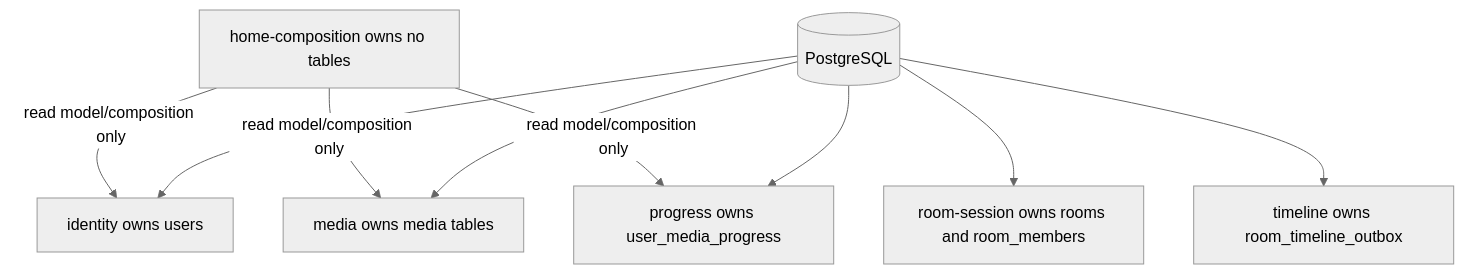
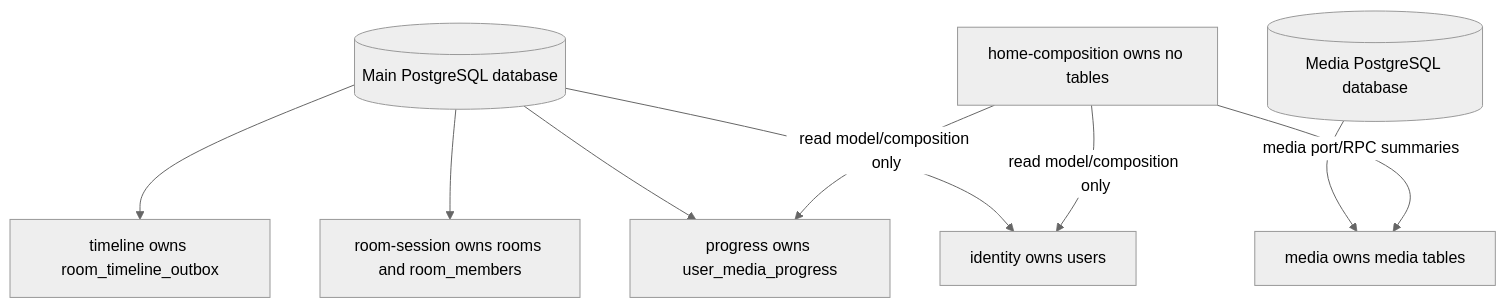
The second of 8 diagrams in docs/distributed-architecture.md (sunboyZgz/watch_together), drawn with Mermaid (neutral theme) before and after one commit. The commit also changed other lines of this file and 39 other files, not shown here.

Commit message:
refactor: Separate the media database from the original user database

````diff
--- a/docs/distributed-architecture.md
+++ b/docs/distributed-architecture.md
@@ -76,19 +77,20 @@
 ```mermaid
 flowchart TD
-  PG[(PostgreSQL)]
+  MainPG[(Main PostgreSQL database)]
+  MediaPG[(Media PostgreSQL database)]
   Identity[identity owns users]
   Media[media owns media tables]
   RoomSession[room-session owns rooms and room_members]
   Progress[progress owns user_media_progress]
   Timeline[timeline owns room_timeline_outbox]
   Home[home-composition owns no tables]
 
-  PG --> Identity
-  PG --> Media
-  PG --> RoomSession
-  PG --> Progress
-  PG --> Timeline
+  MainPG --> Identity
+  MediaPG --> Media
+  MainPG --> RoomSession
+  MainPG --> Progress
+  MainPG --> Timeline
   Home -->|read model/composition only| Identity
-  Home -->|read model/composition only| Media
+  Home -->|media port/RPC summaries| Media
   Home -->|read model/composition only| Progress
 ```
````
